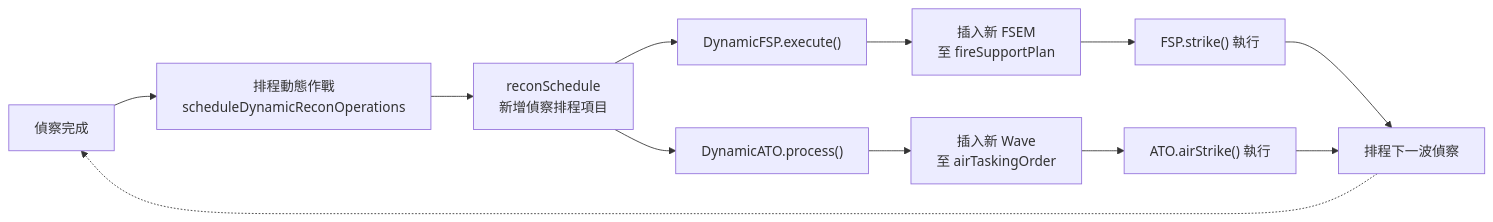
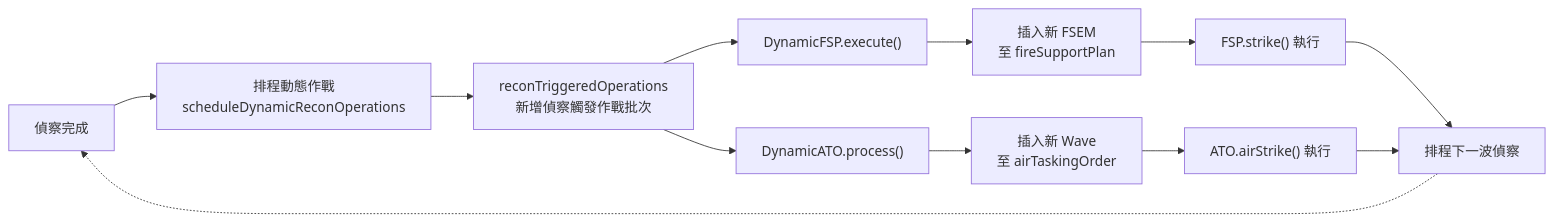
One commit to pullupjumper/formosa-in-flames changed the second of 3 diagrams in docs/strikePlanner/README.md. Above: the diagram before and after it, drawn with Mermaid. The commit also changed other lines of this file and 16 other files, not shown here.

Commit message:
refactor(strikePlanner): rename recon schedule to recon-triggered operations

````diff
--- a/docs/strikePlanner/README.md
+++ b/docs/strikePlanner/README.md
@@ -109,25 +109,25 @@
 ```mermaid
 flowchart LR
     RECON_COMPLETE["偵察完成"]
     SCHED["排程動態作戰<br>scheduleDynamicReconOperations"]
-    RECON_SCHED["reconSchedule<br>新增偵察排程項目"]
+    RECON_SCHED["reconTriggeredOperations<br>新增偵察觸發作戰批次"]
     DFSP_EXEC["DynamicFSP.execute()"]
     DATO_EXEC["DynamicATO.process()"]
     FSP_INSERT["插入新 FSEM<br>至 fireSupportPlan"]
     ATO_INSERT["插入新 Wave<br>至 airTaskingOrder"]
     FSP_EXEC["FSP.strike() 執行"]
     ATO_EXEC["ATO.airStrike() 執行"]
     NEXT_RECON["排程下一波偵察"]
 
     RECON_COMPLETE --> SCHED
     SCHED --> RECON_SCHED
     RECON_SCHED --> DFSP_EXEC
     RECON_SCHED --> DATO_EXEC
     DFSP_EXEC --> FSP_INSERT
     DATO_EXEC --> ATO_INSERT
     FSP_INSERT --> FSP_EXEC
     ATO_INSERT --> ATO_EXEC
     FSP_EXEC --> NEXT_RECON
     ATO_EXEC --> NEXT_RECON
     NEXT_RECON -.-> RECON_COMPLETE
 ```
````
